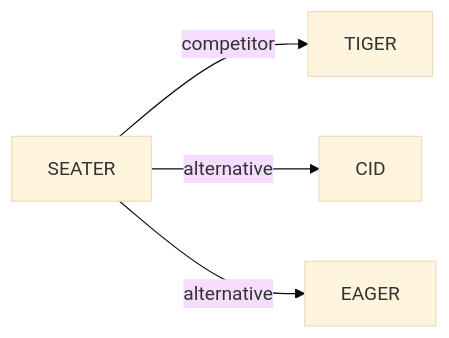
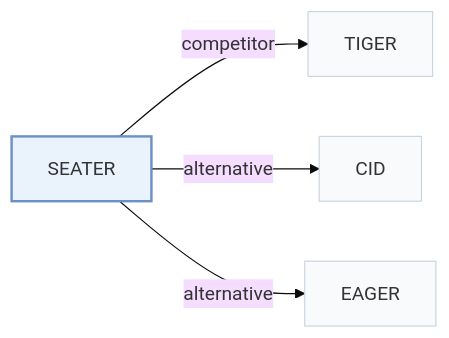
One commit to Galaxy-ghost/Awesome-SID-Generative-Rec changed the second of 2 diagrams in pages/papers/seater.md. Above: the diagram before and after it, drawn with Mermaid (base theme). The commit also changed other lines of this file and 649 other files, not shown here.

Commit message:
writer-05: also tags and modality index (schema, check, build, visuals); summary field removed; calibration data for 12 papers

````diff
--- a/pages/papers/seater.md
+++ b/pages/papers/seater.md
@@ -69,7 +74,11 @@
 ```mermaid
 flowchart LR
     P["SEATER"]
-    P -->|competitor| A["TIGER"]
-    P -->|alternative| B["CID"]
-    P -->|alternative| C["EAGER"]
+    P -->|"competitor"| A["TIGER"]
+    P -->|"alternative"| B["CID"]
+    P -->|"alternative"| C["EAGER"]
+    classDef main fill:#eaf2fb,stroke:#6b8fc7,stroke-width:2px
+    classDef peer fill:#f8fafc,stroke:#cbd5e1
+    class P main
+    class A,B,C peer
 ```
````
